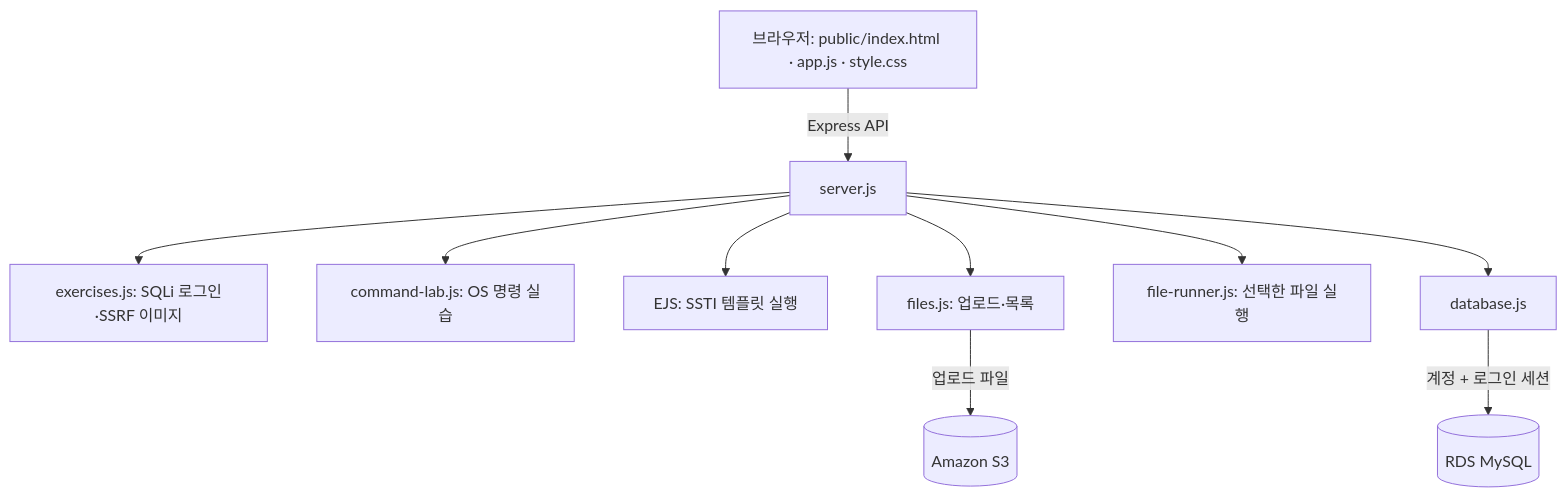
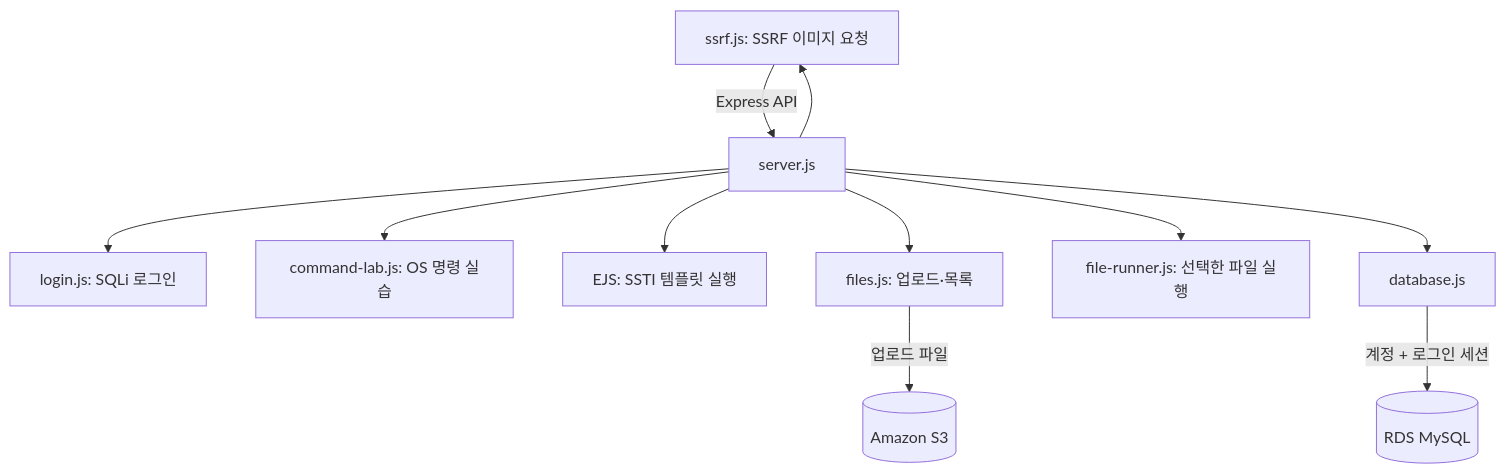
One commit to yunduhyun/WHS-Vuln-Web changed the first of 2 diagrams in README.md. Above: the diagram before and after it, drawn with Mermaid. The commit also changed other lines of this file and 5 other files, not shown here.

````diff
--- a/README.md
+++ b/README.md
@@ -42,12 +43,13 @@
 ```mermaid
 flowchart TD
   B[브라우저: public/index.html · app.js · style.css] -->|Express API| S[server.js]
-  S --> A[exercises.js: SQLi 로그인·SSRF 이미지]
+  S --> A[login.js: SQLi 로그인]
+  S --> B[ssrf.js: SSRF 이미지 요청]
   S --> C[command-lab.js: OS 명령 실습]
   S --> T[EJS: SSTI 템플릿 실행]
   S --> F[files.js: 업로드·목록]
   F -->|업로드 파일| O[(Amazon S3)]
   S --> R[file-runner.js: 선택한 파일 실행]
   S --> D[database.js]
   D -->|계정 + 로그인 세션| M[(RDS MySQL)]
 ```
````
